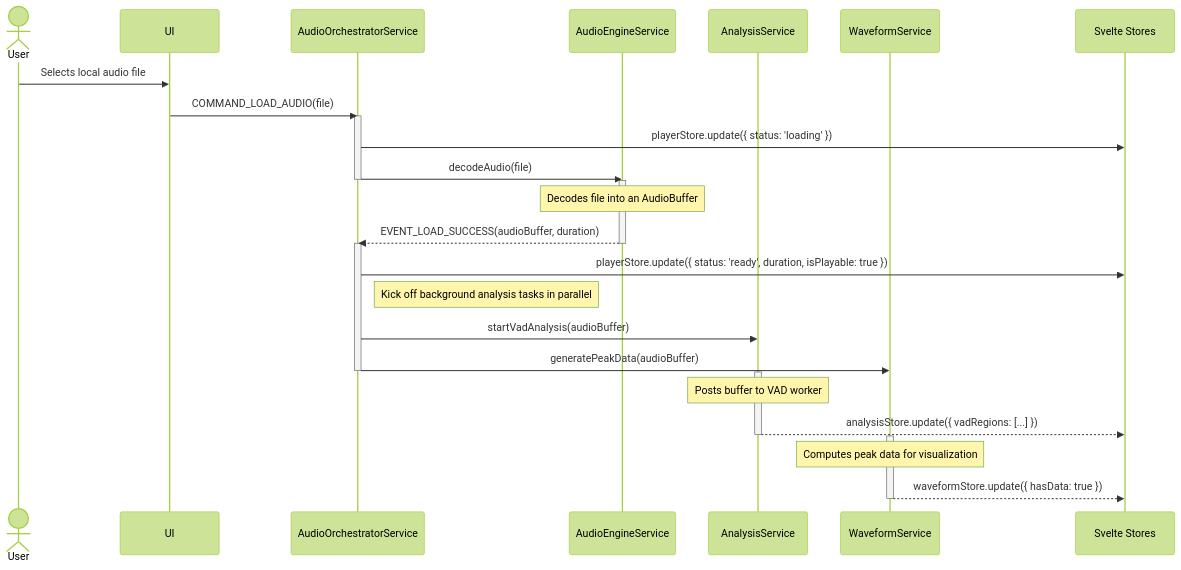
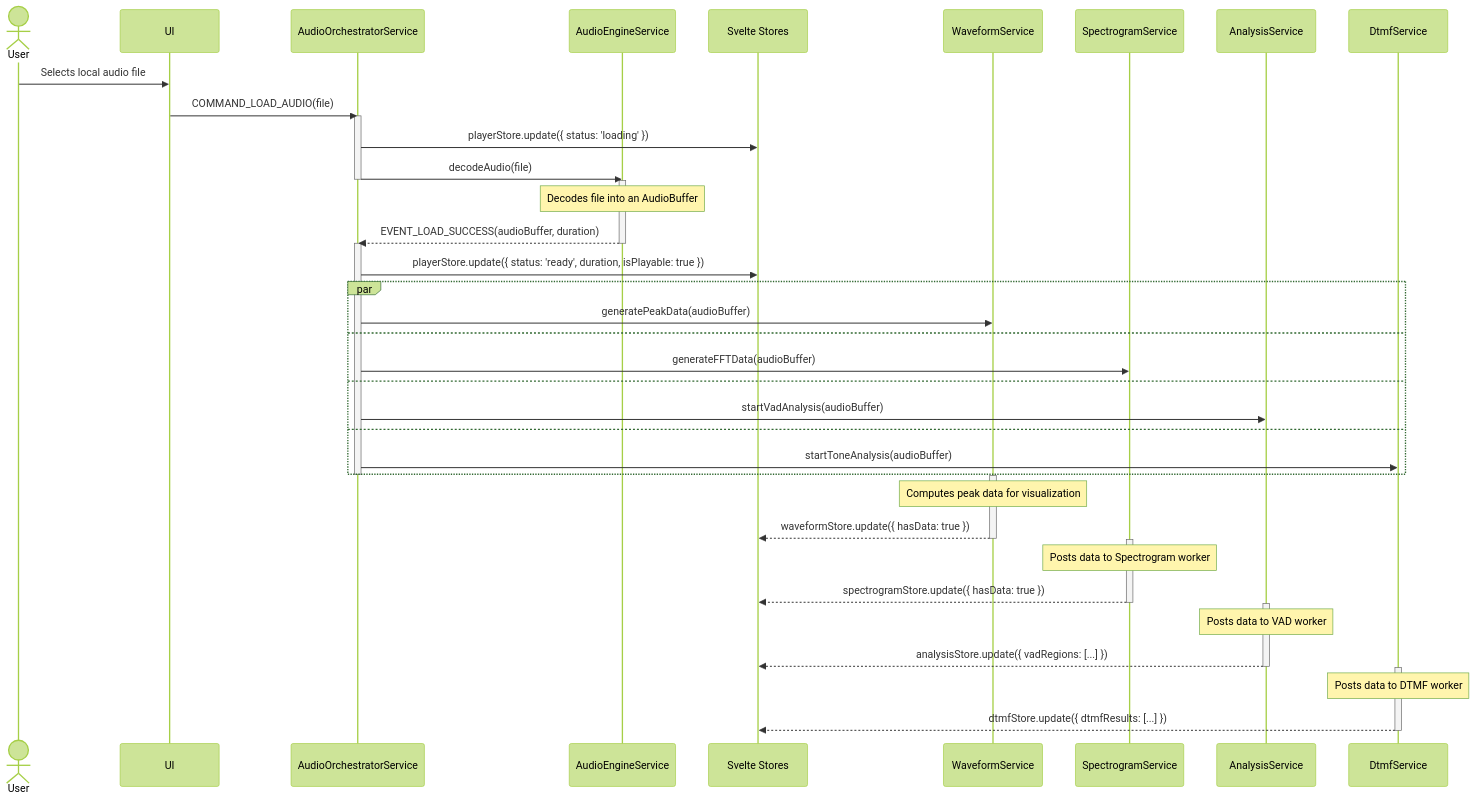
The diagram in vibe-player-v3/docs/refactor-plan/diagrams/file-loading-flow.mermaid (averykhoo/vibe-player-v3), drawn with Mermaid (forest theme) before and after one commit.

```diff
--- a/vibe-player-v3/docs/refactor-plan/diagrams/file-loading-flow.mermaid
+++ b/vibe-player-v3/docs/refactor-plan/diagrams/file-loading-flow.mermaid
@@ -1,38 +1,56 @@
+%% vibe-player-v3/docs/refactor-plan/diagrams/file-loading-flow.mermaid
+%% Detailed flow for loading a new audio file and initiating parallel analysis.
+
 sequenceDiagram
     actor User
     participant UI
     participant Orchestrator as AudioOrchestratorService
     participant Engine as AudioEngineService
-    participant Analysis as AnalysisService
-    participant Waveform as WaveformService
     participant Store as Svelte Stores
-
+    
     User->>UI: Selects local audio file
     UI->>Orchestrator: COMMAND_LOAD_AUDIO(file)
 
     activate Orchestrator
     Orchestrator->>Store: playerStore.update({ status: 'loading' })
     Orchestrator->>Engine: decodeAudio(file)
     deactivate Orchestrator
 
     activate Engine
     Note over Engine: Decodes file into an AudioBuffer
     Engine-->>Orchestrator: EVENT_LOAD_SUCCESS(audioBuffer, duration)
     deactivate Engine
 
     activate Orchestrator
     Orchestrator->>Store: playerStore.update({ status: 'ready', duration, isPlayable: true })
-    Note right of Orchestrator: Kick off background analysis tasks in parallel
-    Orchestrator->>Analysis: startVadAnalysis(audioBuffer)
-    Orchestrator->>Waveform: generatePeakData(audioBuffer)
+    
+    par
+        Orchestrator->>WaveformService: generatePeakData(audioBuffer)
+        and
+        Orchestrator->>SpectrogramService: generateFFTData(audioBuffer)
+        and
+        Orchestrator->>AnalysisService: startVadAnalysis(audioBuffer)
+        and
+        Orchestrator->>DtmfService: startToneAnalysis(audioBuffer)
+    end
     deactivate Orchestrator
 
-    activate Analysis
-    Note over Analysis: Posts buffer to VAD worker
-    Analysis-->>Store: analysisStore.update({ vadRegions: [...] })
-    deactivate Analysis
+    activate WaveformService
+    Note over WaveformService: Computes peak data for visualization
+    WaveformService-->>Store: waveformStore.update({ hasData: true })
+    deactivate WaveformService
+    
+    activate SpectrogramService
+    Note over SpectrogramService: Posts data to Spectrogram worker
+    SpectrogramService-->>Store: spectrogramStore.update({ hasData: true })
+    deactivate SpectrogramService
 
-    activate Waveform
-    Note over Waveform: Computes peak data for visualization
-    Waveform-->>Store: waveformStore.update({ hasData: true })
-    deactivate Waveform
+    activate AnalysisService
+    Note over AnalysisService: Posts data to VAD worker
+    AnalysisService-->>Store: analysisStore.update({ vadRegions: [...] })
+    deactivate AnalysisService
+
+    activate DtmfService
+    Note over DtmfService: Posts data to DTMF worker
+    DtmfService-->>Store: dtmfStore.update({ dtmfResults: [...] })
+    deactivate DtmfService
```
